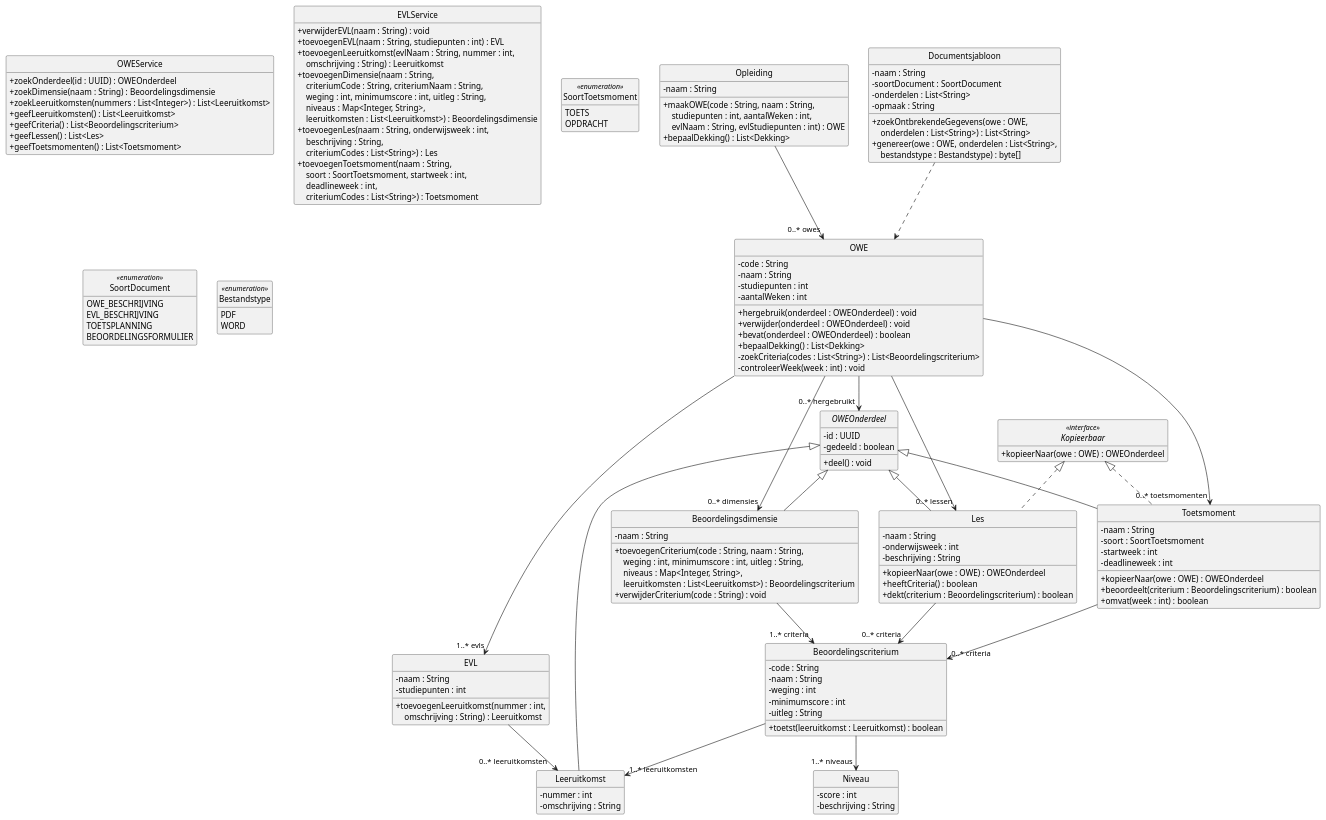
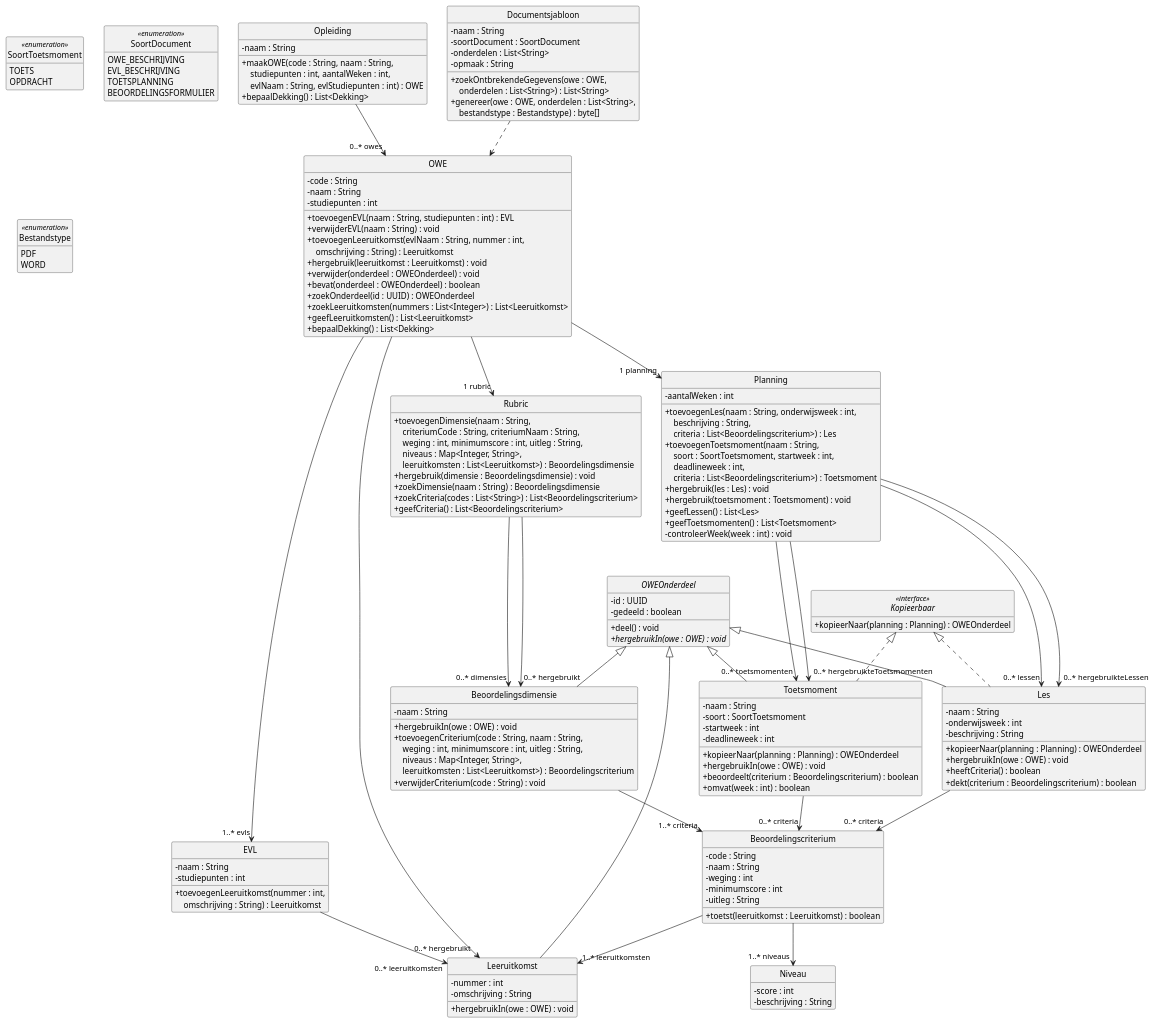
The diagram in docs/diagrams/klassendiagram-domein.puml (HAN-Craftsmanship-KL-JJG/casus), drawn with PlantUML before and after one commit. The commit also changed 18 other files, not shown here.

First line of the commit message:
refactor(docs): split OWE into Rubric and Planning

```diff
--- a/docs/diagrams/klassendiagram-domein.puml
+++ b/docs/diagrams/klassendiagram-domein.puml
@@ -1,173 +1,187 @@
 @startuml klassendiagram-domein
 ' Design class diagram van ICDE: de domeinklassen. Toelichting: docs/07-klassendiagram.md
 ' Getters en setters staan er niet in, zoals bij Larman (7.6).
 skinparam style strictuml
 skinparam shadowing false
 skinparam defaultFontName Helvetica
 skinparam classAttributeIconSize 0
 hide empty members
 
 class Opleiding {
   - naam : String
   + maakOWE(code : String, naam : String,\n    \
 studiepunten : int, aantalWeken : int,\n    \
 evlNaam : String, evlStudiepunten : int) : OWE
   + bepaalDekking() : List<Dekking>
 }
 
 class OWE {
   - code : String
   - naam : String
   - studiepunten : int
-  - aantalWeken : int
-  + hergebruik(onderdeel : OWEOnderdeel) : void
+  + toevoegenEVL(naam : String, studiepunten : int) : EVL
+  + verwijderEVL(naam : String) : void
+  + toevoegenLeeruitkomst(evlNaam : String, nummer : int,\n    \
+omschrijving : String) : Leeruitkomst
+  + hergebruik(leeruitkomst : Leeruitkomst) : void
   + verwijder(onderdeel : OWEOnderdeel) : void
   + bevat(onderdeel : OWEOnderdeel) : boolean
+  + zoekOnderdeel(id : UUID) : OWEOnderdeel
+  + zoekLeeruitkomsten(nummers : List<Integer>) : List<Leeruitkomst>
+  + geefLeeruitkomsten() : List<Leeruitkomst>
   + bepaalDekking() : List<Dekking>
-  - zoekCriteria(codes : List<String>) : List<Beoordelingscriterium>
-  - controleerWeek(week : int) : void
 }
 
-class OWEService{
-  + zoekOnderdeel(id : UUID) : OWEOnderdeel
-  + zoekDimensie(naam : String) : Beoordelingsdimensie
-  + zoekLeeruitkomsten(nummers : List<Integer>) : List<Leeruitkomst>
-  + geefLeeruitkomsten() : List<Leeruitkomst>
-  + geefCriteria() : List<Beoordelingscriterium>
-  + geefLessen() : List<Les>
-  + geefToetsmomenten() : List<Toetsmoment>
-}
-
-class EVLService{
-  + verwijderEVL(naam : String) : void
-  + toevoegenEVL(naam : String, studiepunten : int) : EVL
-  + toevoegenLeeruitkomst(evlNaam : String, nummer : int,\n    \
-omschrijving : String) : Leeruitkomst
+class Rubric {
   + toevoegenDimensie(naam : String,\n    \
 criteriumCode : String, criteriumNaam : String,\n    \
 weging : int, minimumscore : int, uitleg : String,\n    \
 niveaus : Map<Integer, String>,\n    \
 leeruitkomsten : List<Leeruitkomst>) : Beoordelingsdimensie
+  + hergebruik(dimensie : Beoordelingsdimensie) : void
+  + zoekDimensie(naam : String) : Beoordelingsdimensie
+  + zoekCriteria(codes : List<String>) : List<Beoordelingscriterium>
+  + geefCriteria() : List<Beoordelingscriterium>
+}
+
+class Planning {
+  - aantalWeken : int
   + toevoegenLes(naam : String, onderwijsweek : int,\n    \
 beschrijving : String,\n    \
-criteriumCodes : List<String>) : Les
+criteria : List<Beoordelingscriterium>) : Les
   + toevoegenToetsmoment(naam : String,\n    \
 soort : SoortToetsmoment, startweek : int,\n    \
 deadlineweek : int,\n    \
-criteriumCodes : List<String>) : Toetsmoment
+criteria : List<Beoordelingscriterium>) : Toetsmoment
+  + hergebruik(les : Les) : void
+  + hergebruik(toetsmoment : Toetsmoment) : void
+  + geefLessen() : List<Les>
+  + geefToetsmomenten() : List<Toetsmoment>
+  - controleerWeek(week : int) : void
 }
 
 class EVL {
   - naam : String
   - studiepunten : int
   + toevoegenLeeruitkomst(nummer : int,\n    \
 omschrijving : String) : Leeruitkomst
 }
 
 abstract class OWEOnderdeel {
   - id : UUID
   - gedeeld : boolean
   + deel() : void
+  + {abstract} hergebruikIn(owe : OWE) : void
 }
 
 class Leeruitkomst {
   - nummer : int
   - omschrijving : String
+  + hergebruikIn(owe : OWE) : void
 }
 
 class Beoordelingsdimensie {
   - naam : String
+  + hergebruikIn(owe : OWE) : void
   + toevoegenCriterium(code : String, naam : String,\n    \
 weging : int, minimumscore : int, uitleg : String,\n    \
 niveaus : Map<Integer, String>,\n    \
 leeruitkomsten : List<Leeruitkomst>) : Beoordelingscriterium
   + verwijderCriterium(code : String) : void
 }
 
 class Beoordelingscriterium {
   - code : String
   - naam : String
   - weging : int
   - minimumscore : int
   - uitleg : String
   + toetst(leeruitkomst : Leeruitkomst) : boolean
 }
 
 class Niveau {
   - score : int
   - beschrijving : String
 }
 
 class Les {
   - naam : String
   - onderwijsweek : int
   - beschrijving : String
-  + kopieerNaar(owe : OWE) : OWEOnderdeel
+  + kopieerNaar(planning : Planning) : OWEOnderdeel
+  + hergebruikIn(owe : OWE) : void
   + heeftCriteria() : boolean
   + dekt(criterium : Beoordelingscriterium) : boolean
 }
 
 class Toetsmoment {
   - naam : String
   - soort : SoortToetsmoment
   - startweek : int
   - deadlineweek : int
-  + kopieerNaar(owe : OWE) : OWEOnderdeel
+  + kopieerNaar(planning : Planning) : OWEOnderdeel
+  + hergebruikIn(owe : OWE) : void
   + beoordeelt(criterium : Beoordelingscriterium) : boolean
   + omvat(week : int) : boolean
 }
 
 class Documentsjabloon {
   - naam : String
   - soortDocument : SoortDocument
   - onderdelen : List<String>
   - opmaak : String
   + zoekOntbrekendeGegevens(owe : OWE,\n    \
 onderdelen : List<String>) : List<String>
   + genereer(owe : OWE, onderdelen : List<String>,\n    \
 bestandstype : Bestandstype) : byte[]
 }
 
 interface Kopieerbaar <<interface>> {
-  + kopieerNaar(owe : OWE) : OWEOnderdeel
+  + kopieerNaar(planning : Planning) : OWEOnderdeel
 }
 
 enum SoortToetsmoment <<enumeration>> {
   TOETS
   OPDRACHT
 }
 
 enum SoortDocument <<enumeration>> {
   OWE_BESCHRIJVING
   EVL_BESCHRIJVING
   TOETSPLANNING
   BEOORDELINGSFORMULIER
 }
 
 enum Bestandstype <<enumeration>> {
   PDF
   WORD
 }
 
+' Langere lijnen geven de rolnamen van hergebruik ruimte.
 Opleiding --> "0..* owes" OWE
 OWE --> "1..* evls" EVL
+OWE --> "1 rubric" Rubric
+OWE --> "1 planning" Planning
+OWE --> "0..* hergebruikt" Leeruitkomst
 EVL --> "0..* leeruitkomsten" Leeruitkomst
-OWE --> "0..* dimensies" Beoordelingsdimensie
+Rubric --> "0..* dimensies" Beoordelingsdimensie
+Rubric ---> "0..* hergebruikt" Beoordelingsdimensie
 Beoordelingsdimensie --> "1..* criteria" Beoordelingscriterium
 Beoordelingscriterium --> "1..* niveaus" Niveau
 Beoordelingscriterium --> "1..* leeruitkomsten" Leeruitkomst
-OWE --> "0..* lessen" Les
-OWE --> "0..* toetsmomenten" Toetsmoment
+Planning --> "0..* lessen" Les
+Planning --> "0..* toetsmomenten" Toetsmoment
+Planning ---> "0..* hergebruikteLessen" Les
+Planning ---> "0..* hergebruikteToetsmomenten" Toetsmoment
 Les --> "0..* criteria" Beoordelingscriterium
 Toetsmoment --> "0..* criteria" Beoordelingscriterium
-OWE --> "0..* hergebruikt" OWEOnderdeel
 
 OWEOnderdeel <|-- Leeruitkomst
 OWEOnderdeel <|-- Beoordelingsdimensie
 OWEOnderdeel <|-- Les
 OWEOnderdeel <|-- Toetsmoment
 Kopieerbaar <|.. Les
 Kopieerbaar <|.. Toetsmoment
 
 Documentsjabloon ..> OWE
 @enduml
```
